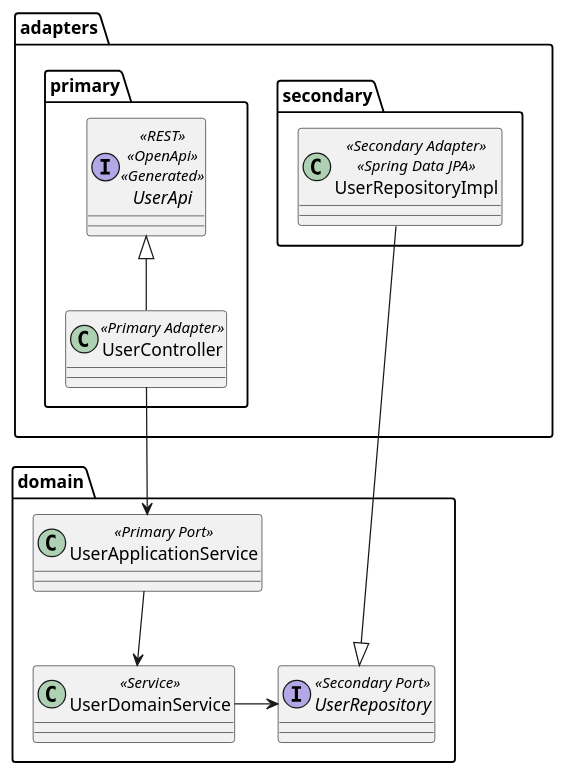
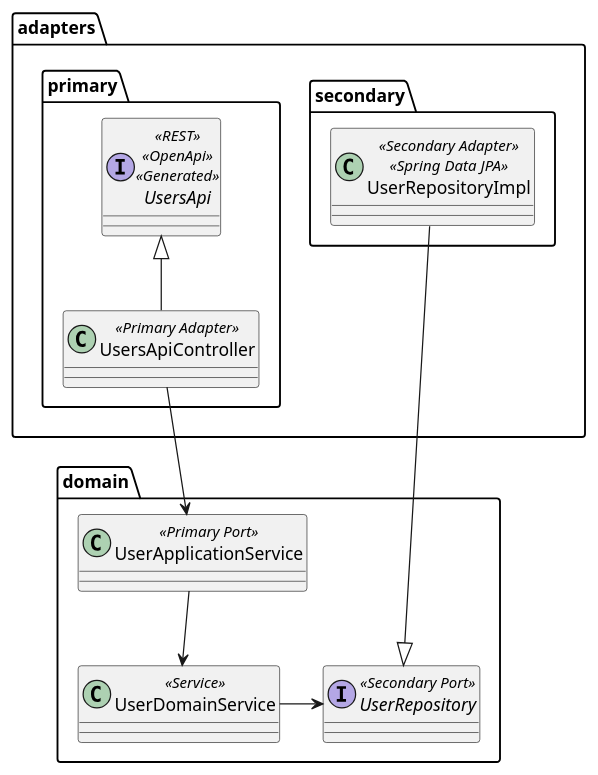
Before and after one commit to jqassistant-tutorials/ddd-architecture-with-jmolecules: the diagram in src/docs/asciidoc/plantuml/ports-and-adapters.puml, drawn with PlantUML.

Commit message:
Adopted names in PUML diagram

```diff
--- a/src/docs/asciidoc/plantuml/ports-and-adapters.puml
+++ b/src/docs/asciidoc/plantuml/ports-and-adapters.puml
@@ -1,25 +1,25 @@
 @startuml
 
 folder adapters {
   folder primary {
-    interface UserApi <<REST>> <<OpenApi>> <<Generated>>
-    class UserController <<Primary Adapter>>
+    interface UsersApi <<REST>> <<OpenApi>> <<Generated>>
+    class UsersApiController <<Primary Adapter>>
   }
   folder secondary {
     class UserRepositoryImpl <<Secondary Adapter>> <<Spring Data JPA>>
   }
 }
 
 folder domain {
   class UserApplicationService <<Primary Port>>
   class UserDomainService <<Service>>
   interface UserRepository <<Secondary Port>>
 }
 
-UserApi <|-down- UserController
-UserController -down-> UserApplicationService
+UsersApi <|-down- UsersApiController
+UsersApiController -down-> UserApplicationService
 UserApplicationService -down-> UserDomainService
 UserDomainService -> UserRepository
 UserRepository <|- UserRepositoryImpl
 
 @enduml
```
